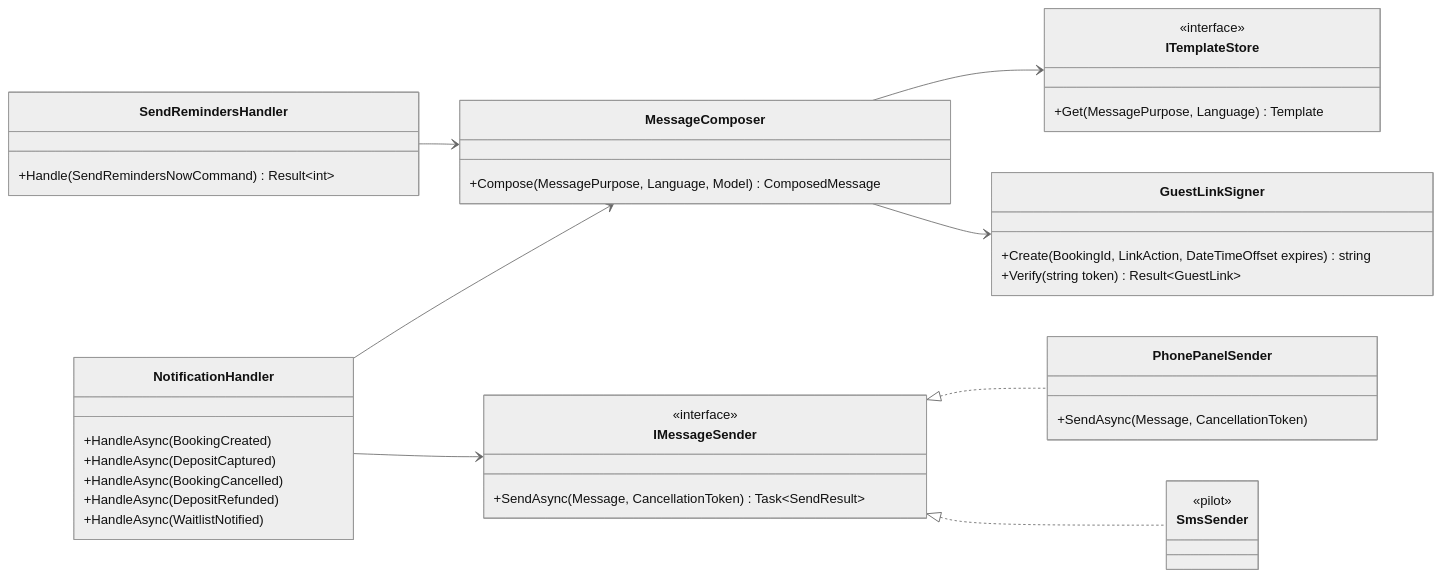
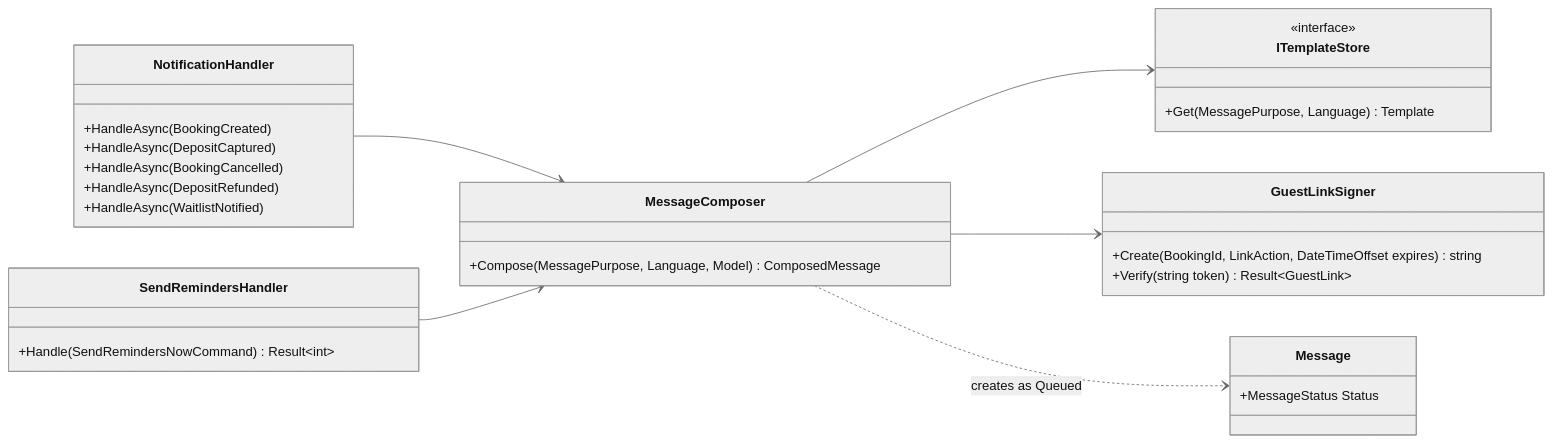
Diagram 18 of 27 in docs/Design.md (ring9834/TableReservation), drawn with Mermaid (neutral theme) before and after one commit. The commit also changed other lines of this file, not shown here.

First line of the commit message:
docs(design): add MessageDeliveryWorker; PostgreSQL as the message queue (§7.1)

````diff
--- a/docs/Design.md
+++ b/docs/Design.md
@@ -927,42 +939,33 @@
 ```mermaid
 classDiagram
     direction LR
     class NotificationHandler {
         +HandleAsync(BookingCreated)
         +HandleAsync(DepositCaptured)
         +HandleAsync(BookingCancelled)
         +HandleAsync(DepositRefunded)
         +HandleAsync(WaitlistNotified)
     }
     class SendRemindersHandler {
         +Handle(SendRemindersNowCommand) Result~int~
     }
     class MessageComposer {
         +Compose(MessagePurpose, Language, Model) ComposedMessage
     }
     class ITemplateStore {
         <<interface>>
         +Get(MessagePurpose, Language) Template
     }
     class GuestLinkSigner {
         +Create(BookingId, LinkAction, DateTimeOffset expires) string
         +Verify(string token) Result~GuestLink~
     }
-    class IMessageSender {
-        <<interface>>
-        +SendAsync(Message, CancellationToken) Task~SendResult~
-    }
-    class PhonePanelSender {
-        +SendAsync(Message, CancellationToken)
-    }
-    class SmsSender {
-        <<pilot>>
+    class Message {
+        +MessageStatus Status
     }
     NotificationHandler --> MessageComposer
     SendRemindersHandler --> MessageComposer
     MessageComposer --> ITemplateStore
     MessageComposer --> GuestLinkSigner
-    NotificationHandler --> IMessageSender
-    IMessageSender <|.. PhonePanelSender
-    IMessageSender <|.. SmsSender
+    MessageComposer ..> Message : creates as Queued
 ```
````
